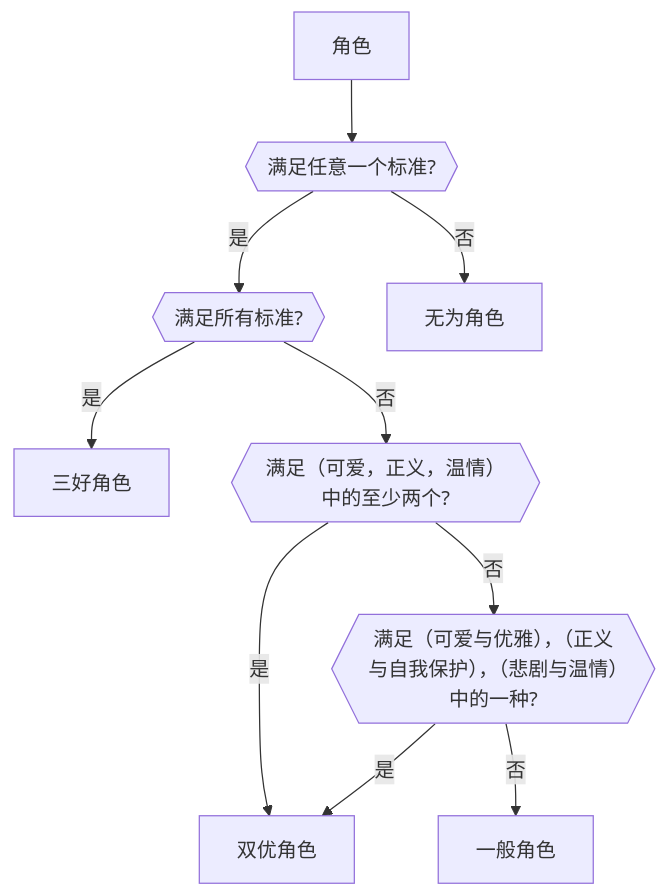
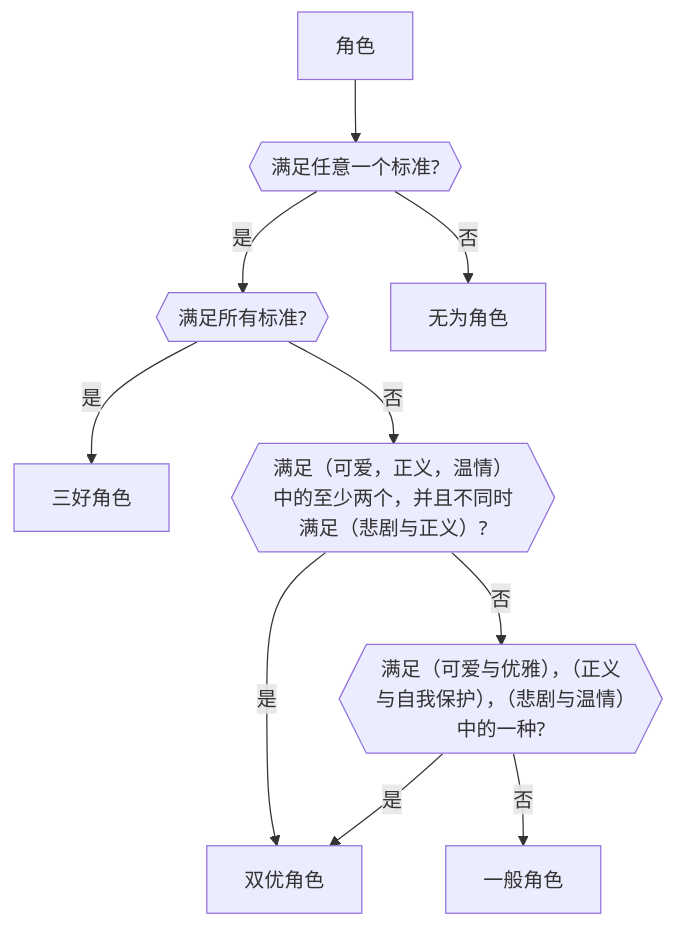
The diagram in docs/跨界探寻/芙宁娜观察报告.md (haveyouwantto/animedocs), drawn with Mermaid before and after one commit.

Commit message:
update criteria

````diff
--- a/docs/跨界探寻/芙宁娜观察报告.md
+++ b/docs/跨界探寻/芙宁娜观察报告.md
@@ -232,12 +232,12 @@
 ```mermaid
 graph TD
     A[角色] -->B{{满足任意一个标准?}}
     B -->|是| D{{满足所有标准?}}
     B -->|否| I[无为角色]
     D -->|是| E[三好角色]
-    D -->|否| F{{满足（可爱，正义，温情）中的至少两个?}}
+    D -->|否| F{{满足（可爱，正义，温情）中的至少两个，并且不同时满足（悲剧与正义）?}}
     F -->|是| G[双优角色]
     F -->|否| H{{满足（可爱与优雅），（正义与自我保护），（悲剧与温情）中的一种?}}
     H -->|是| G
     H -->|否| C[一般角色]
 ```
````
